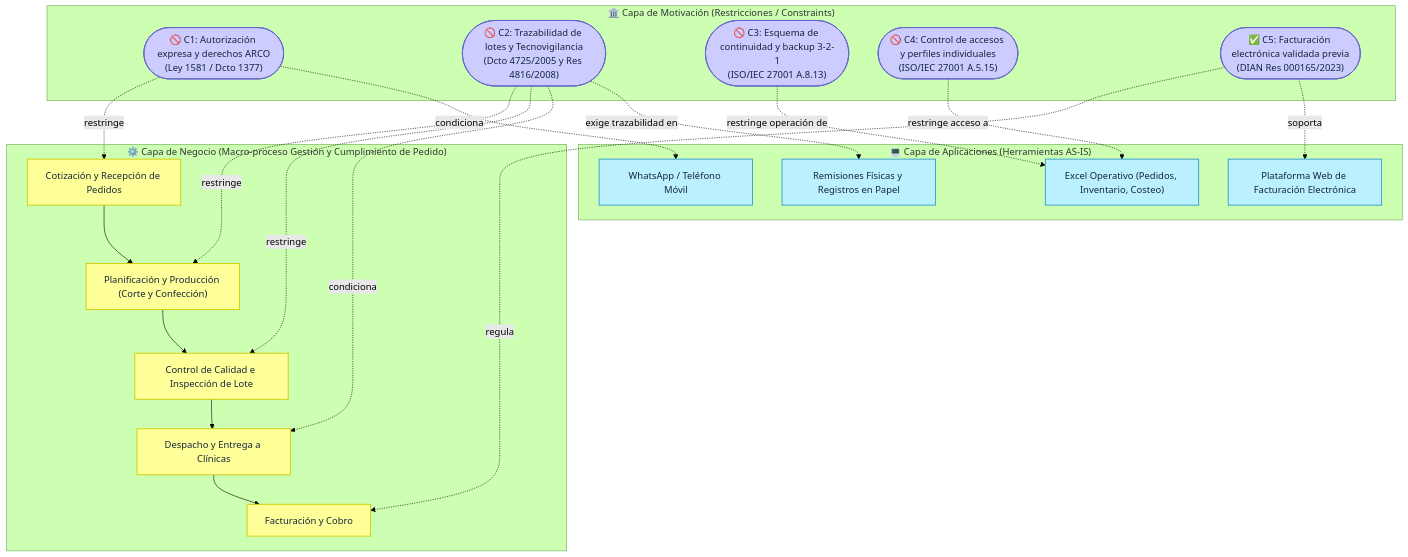
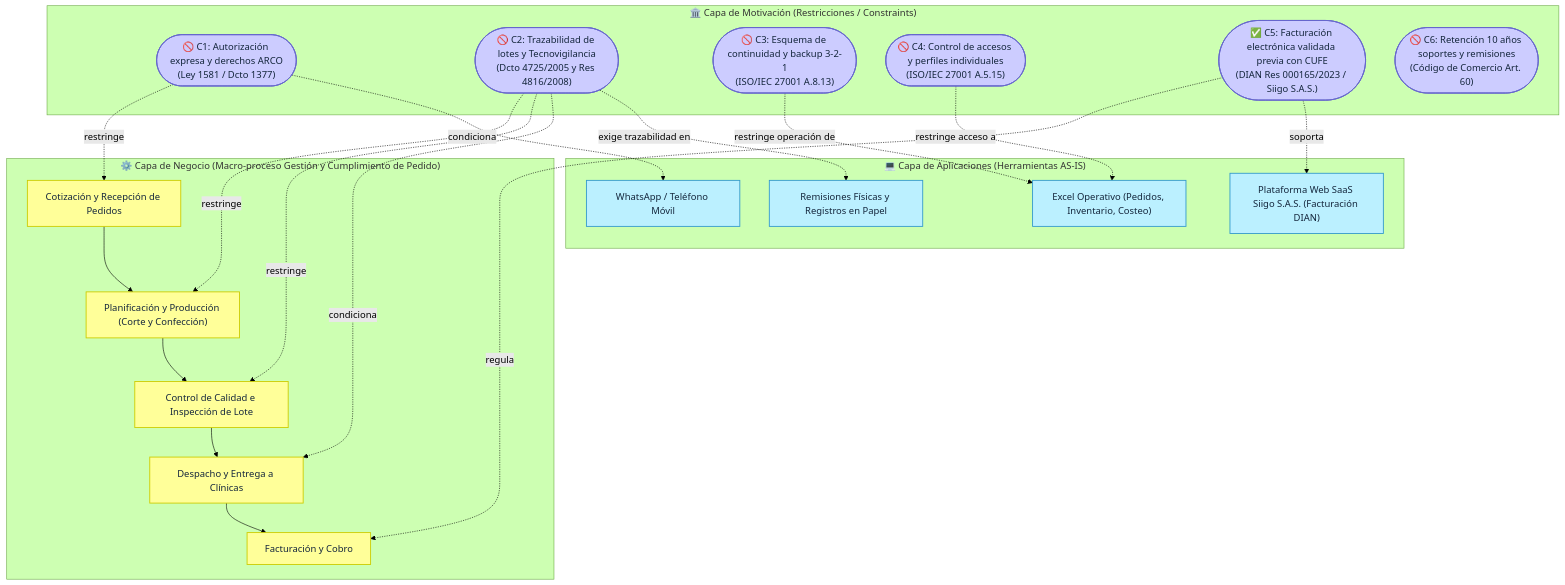
One commit to gevengood/AREM-arquitectura-empresarial-insuclinicos changed the diagram in 06-normatividad/informe.md. Above: the diagram before and after it, drawn with Mermaid (forest theme). The commit also changed other lines of this file and 12 other files, not shown here.

````diff
--- a/06-normatividad/informe.md
+++ b/06-normatividad/informe.md
@@ -101,55 +102,56 @@
 ```mermaid
 flowchart TD
     %% Estilos de capas ArchiMate
     classDef motivacion fill:#ccccff,color:#14263C,stroke:#6666cc,stroke-width:1.5px;
     classDef negocio fill:#ffff99,color:#14263C,stroke:#cccc00,stroke-width:1.5px;
     classDef aplicacion fill:#bbf0ff,color:#14263C,stroke:#3399cc,stroke-width:1.5px;
     classDef riesgo fill:#ffcccc,color:#900C3F,stroke:#cc3333,stroke-width:1.5px;
 
     %% Elementos de Motivación (Constraints regulatorias y de seguridad)
     subgraph Capa_Motivacion["🏛️ Capa de Motivación (Restricciones / Constraints)"]
         c_ley1581(["🚫 C1: Autorización expresa y derechos ARCO\n(Ley 1581 / Dcto 1377)"]):::motivacion
         c_invima(["🚫 C2: Trazabilidad de lotes y Tecnovigilancia\n(Dcto 4725/2005 y Res 4816/2008)"]):::motivacion
         c_iso_backup(["🚫 C3: Esquema de continuidad y backup 3-2-1\n(ISO/IEC 27001 A.8.13)"]):::motivacion
         c_iso_access(["🚫 C4: Control de accesos y perfiles individuales\n(ISO/IEC 27001 A.5.15)"]):::motivacion
-        c_dian(["✅ C5: Facturación electrónica validada previa\n(DIAN Res 000165/2023)"]):::motivacion
+        c_dian(["✅ C5: Facturación electrónica validada previa con CUFE\n(DIAN Res 000165/2023 / Siigo S.A.S.)"]):::motivacion
+    c_retencion(["🚫 C6: Retención 10 años soportes y remisiones\n(Código de Comercio Art. 60)"]):::motivacion
     end
 
     %% Procesos de Negocio
     subgraph Capa_Negocio["⚙️ Capa de Negocio (Macro-proceso Gestión y Cumplimiento de Pedido)"]
         p_ventas["Cotización y Recepción de Pedidos"]:::negocio
         p_prod["Planificación y Producción (Corte y Confección)"]:::negocio
         p_calidad["Control de Calidad e Inspección de Lote"]:::negocio
         p_despacho["Despacho y Entrega a Clínicas"]:::negocio
         p_fact["Facturación y Cobro"]:::negocio
     end
 
     %% Componentes de Aplicación AS-IS
     subgraph Capa_Aplicacion["💻 Capa de Aplicaciones (Herramientas AS-IS)"]
         app_ws["WhatsApp / Teléfono Móvil"]:::aplicacion
         app_excel["Excel Operativo (Pedidos, Inventario, Costeo)"]:::aplicacion
         app_papel["Remisiones Físicas y Registros en Papel"]:::aplicacion
-        app_dian["Plataforma Web de Facturación Electrónica"]:::aplicacion
+        app_dian["Plataforma Web SaaS Siigo S.A.S. (Facturación DIAN)"]:::aplicacion
     end
 
     %% Relaciones de Restricción (Constraints restringen Procesos y Aplicaciones)
     c_ley1581 -.->|"restringe"| p_ventas
     c_ley1581 -.->|"condiciona"| app_ws
 
     c_invima -.->|"restringe"| p_prod
     c_invima -.->|"restringe"| p_calidad
     c_invima -.->|"condiciona"| p_despacho
     c_invima -.->|"exige trazabilidad en"| app_papel
 
     c_iso_backup -.->|"restringe operación de"| app_excel
     c_iso_access -.->|"restringe acceso a"| app_excel
 
     c_dian -.->|"regula"| p_fact
     c_dian -.->|"soporta"| app_dian
 
     %% Relaciones de Flujo de Negocio
     p_ventas --> p_prod
     p_prod --> p_calidad
     p_calidad --> p_despacho
     p_despacho --> p_fact
 ```
````
